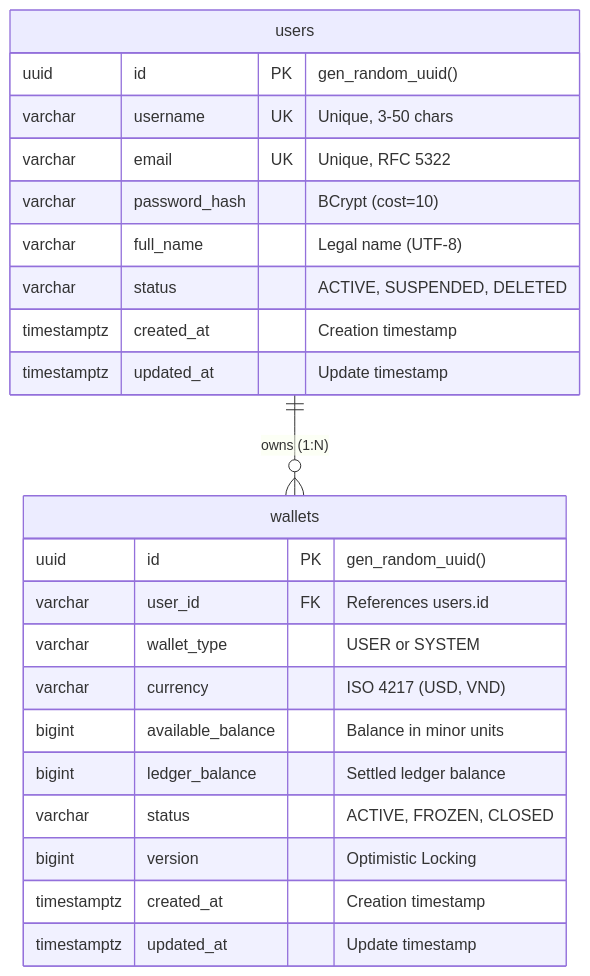
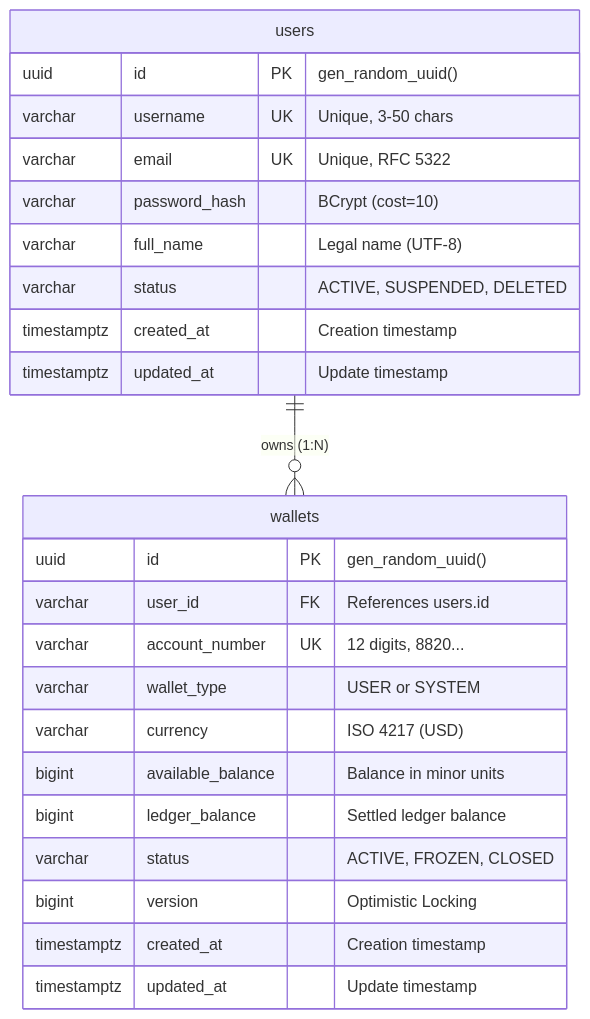
One commit to dducsw/mini-digital-wallet changed the second of 6 diagrams in docs/diagram/authentication.md. Above: the diagram before and after it, drawn with Mermaid. The commit also changed other lines of this file and 147 other files, not shown here.

````diff
--- a/docs/diagram/authentication.md
+++ b/docs/diagram/authentication.md
@@ -59,27 +59,28 @@
 ```mermaid
 erDiagram
     users ||--o{ wallets : "owns (1:N)"
     users {
         uuid id PK "gen_random_uuid()"
         varchar username UK "Unique, 3-50 chars"
         varchar email UK "Unique, RFC 5322"
         varchar password_hash "BCrypt (cost=10)"
         varchar full_name "Legal name (UTF-8)"
         varchar status "ACTIVE, SUSPENDED, DELETED"
         timestamptz created_at "Creation timestamp"
         timestamptz updated_at "Update timestamp"
     }
 
     wallets {
         uuid id PK "gen_random_uuid()"
         varchar user_id FK "References users.id"
+        varchar account_number UK "12 digits, 8820..."
         varchar wallet_type "USER or SYSTEM"
-        varchar currency "ISO 4217 (USD, VND)"
+        varchar currency "ISO 4217 (USD)"
         bigint available_balance "Balance in minor units"
         bigint ledger_balance "Settled ledger balance"
         varchar status "ACTIVE, FROZEN, CLOSED"
         bigint version "Optimistic Locking"
         timestamptz created_at "Creation timestamp"
         timestamptz updated_at "Update timestamp"
     }
 ```
````
